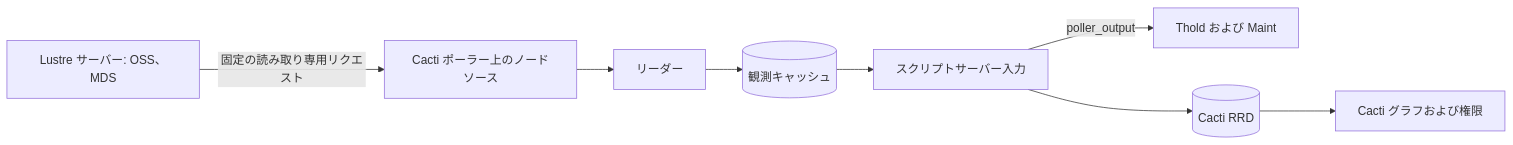
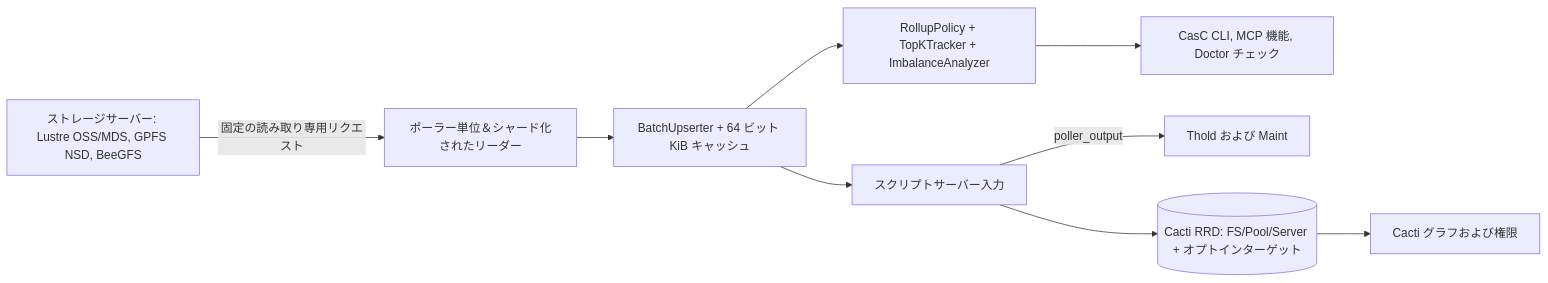
One commit to somethingwithproof/plugin_pfs changed the diagram in docs/i18n/ja-JP/README.md. Above: the diagram before and after it, drawn with Mermaid. The commit also changed other lines of this file and 47 other files, not shown here.

````diff
--- a/docs/i18n/ja-JP/README.md
+++ b/docs/i18n/ja-JP/README.md
@@ -64,10 +72,11 @@
 ```mermaid
 flowchart LR
-    N["Lustre サーバー: OSS、MDS"] -->|固定の読み取り専用リクエスト| S["Cacti ポーラー上のノードソース"]
-    S --> R["リーダー"]
-    R --> C[("観測キャッシュ")]
-    C --> SS["スクリプトサーバー入力"]
+    N["ストレージサーバー: Lustre OSS/MDS, GPFS NSD, BeeGFS"] -->|固定の読み取り専用リクエスト| S["ポーラー単位＆シャード化されたリーダー"]
+    S --> B["BatchUpserter + 64 ビット KiB キャッシュ"]
+    B --> R["RollupPolicy + TopKTracker + ImbalanceAnalyzer"]
+    B --> SS["スクリプトサーバー入力"]
+    R --> ECO["CasC CLI, MCP 機能, Doctor チェック"]
     SS -->|poller_output| T["Thold および Maint"]
-    SS --> RRD[("Cacti RRD")]
+    SS --> RRD[("Cacti RRD: FS/Pool/Server + オプトインターゲット")]
     RRD --> G["Cacti グラフおよび権限"]
 ```
````
